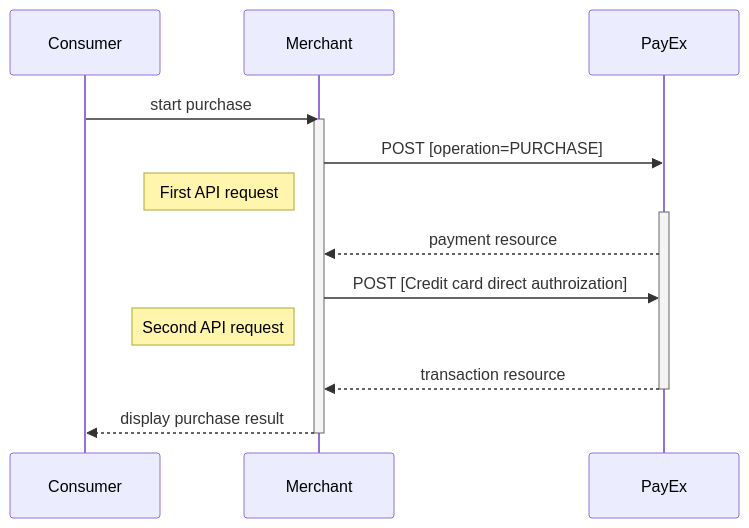
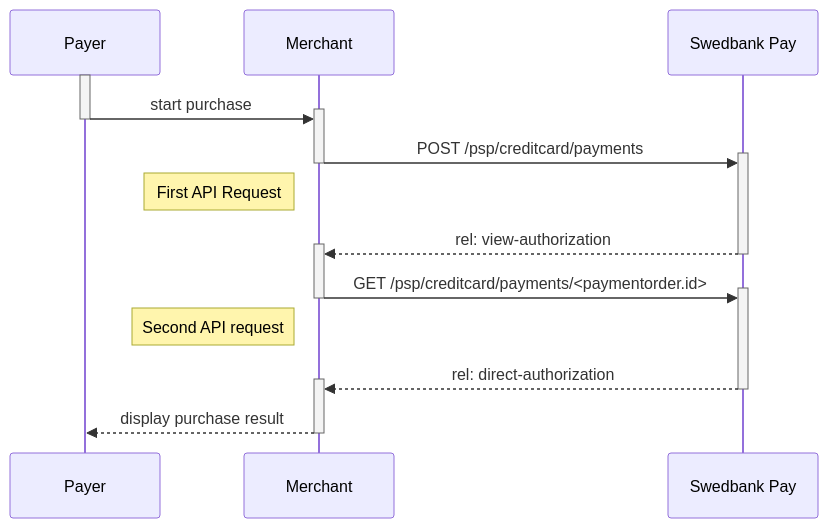
The first of 2 diagrams in payments/credit-card/direct.md (SwedbankPay/developer.swedbankpay.com), drawn with Mermaid before and after one commit. The commit also changed other lines of this file and 3 other files, not shown here.

Commit message:
DX-384 editing sequence diagram in Introduction

````diff
--- a/payments/credit-card/direct.md
+++ b/payments/credit-card/direct.md
@@ -110,17 +110,21 @@
 ```mermaid
 sequenceDiagram
-  Consumer->>Merchant: start purchase
-  activate Merchant
-  Merchant->>PayEx: POST [operation=PURCHASE]
-  note left of Merchant: First API request
-  activate PayEx
-  PayEx-->>Merchant: payment resource
+    participant Payer
+    participant Merchant
+    participant SwedbankPay as Swedbank Pay
 
-  Merchant ->> PayEx: POST [Credit card direct authroization]
-  note left of Merchant: Second API request
-  PayEx -->> Merchant: transaction resource
-
-  deactivate PayEx
-  Merchant-->>Consumer: display purchase result
-  deactivate Merchant
+    activate Payer
+    Payer->>+Merchant: start purchase
+    deactivate Payer
+    Merchant->>+SwedbankPay: POST /psp/creditcard/payments
+    deactivate Merchant
+    note left of Merchant: First API Request
+    SwedbankPay-->>+Merchant: rel: view-authorization
+    deactivate SwedbankPay
+    Merchant->>+SwedbankPay: GET /psp/creditcard/payments/<paymentorder.id>
+    deactivate Merchant
+    note left of Merchant: Second API request
+    SwedbankPay-->>+Merchant: rel: direct-authorization
+    deactivate SwedbankPay
+    Merchant-->>-Payer: display purchase result
 ```
````
